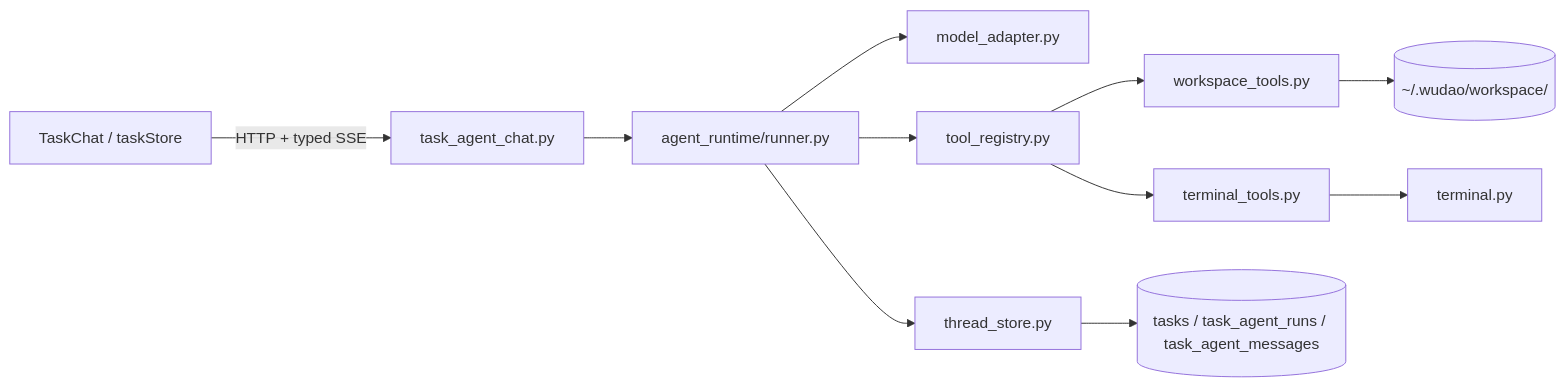
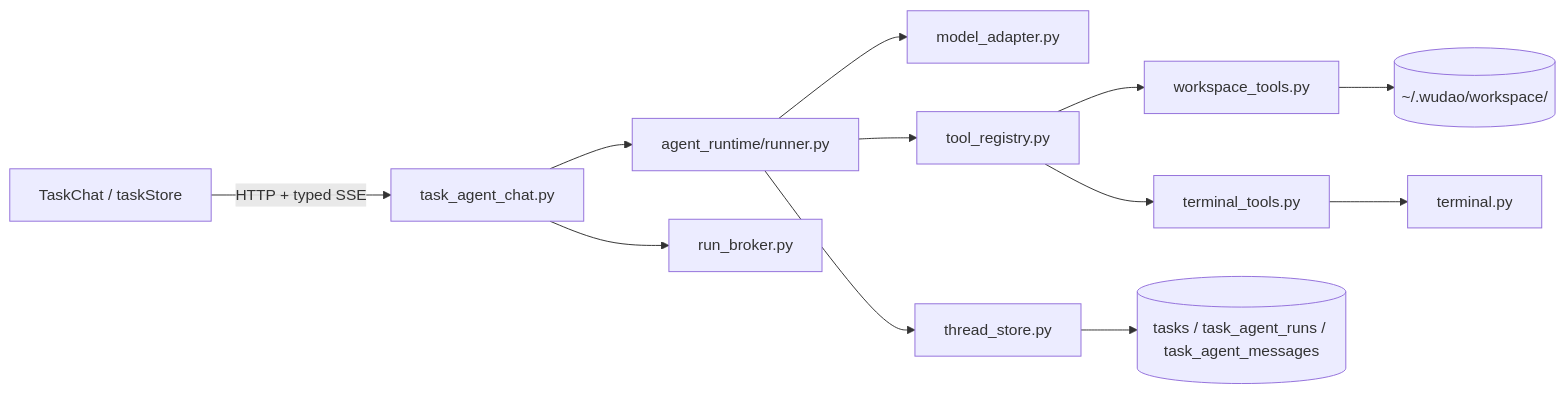
One commit to zth9/wudao changed the first of 2 diagrams in docs/design/agentic-chat-tooling.md. Above: the diagram before and after it, drawn with Mermaid. The commit also changed other lines of this file and 28 other files, not shown here.

````diff
--- a/docs/design/agentic-chat-tooling.md
+++ b/docs/design/agentic-chat-tooling.md
@@ -50,15 +51,16 @@
 ```mermaid
 flowchart LR
     UI[TaskChat / taskStore] -->|HTTP + typed SSE| Route[task_agent_chat.py]
     Route --> Runner[agent_runtime/runner.py]
+    Route --> Broker[run_broker.py]
     Runner --> Model[model_adapter.py]
     Runner --> Store[thread_store.py]
     Runner --> Tools[tool_registry.py]
 
     Tools --> Workspace[workspace_tools.py]
     Tools --> Terminal[terminal_tools.py]
 
     Store --> SQLite[(tasks / task_agent_runs / task_agent_messages)]
     Workspace --> FS[(~/.wudao/workspace/<taskId>)]
     Terminal --> PTY[terminal.py]
 ```
````
